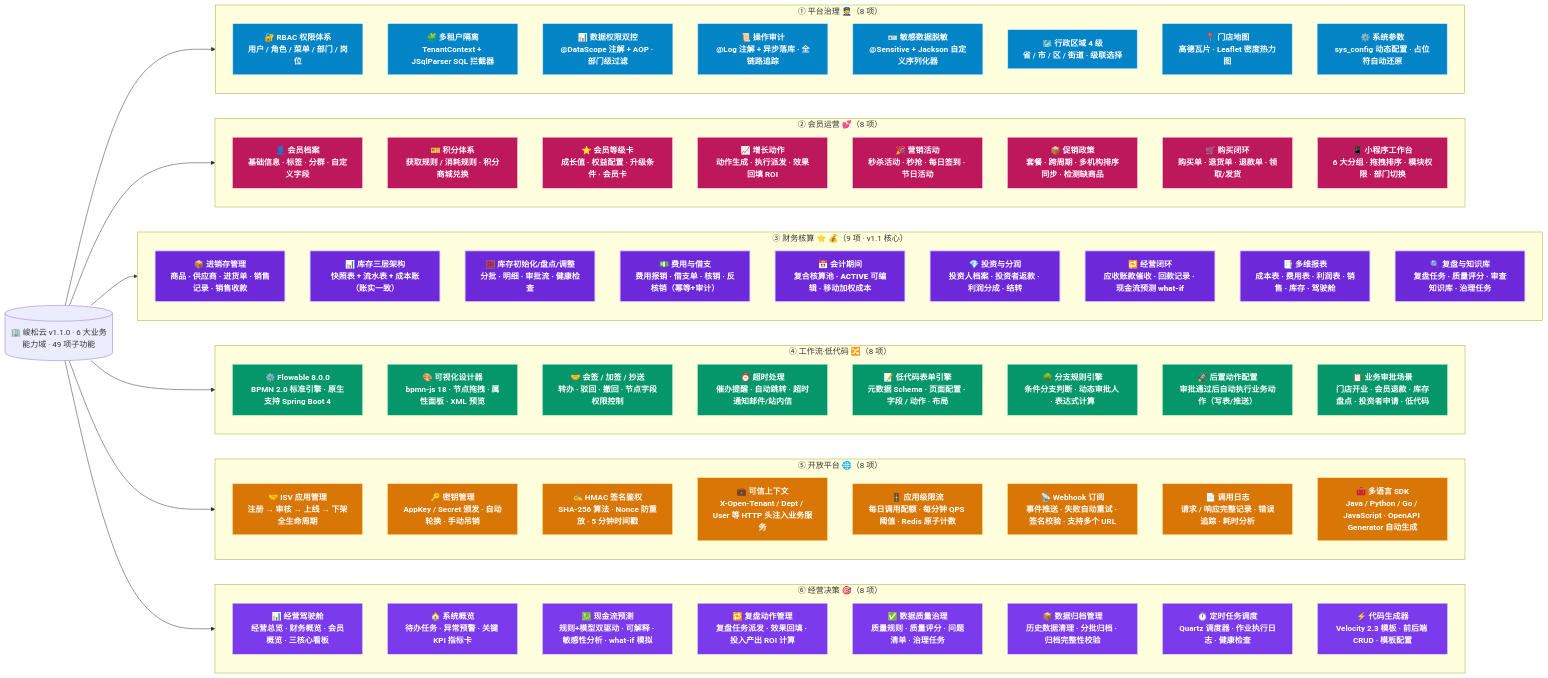
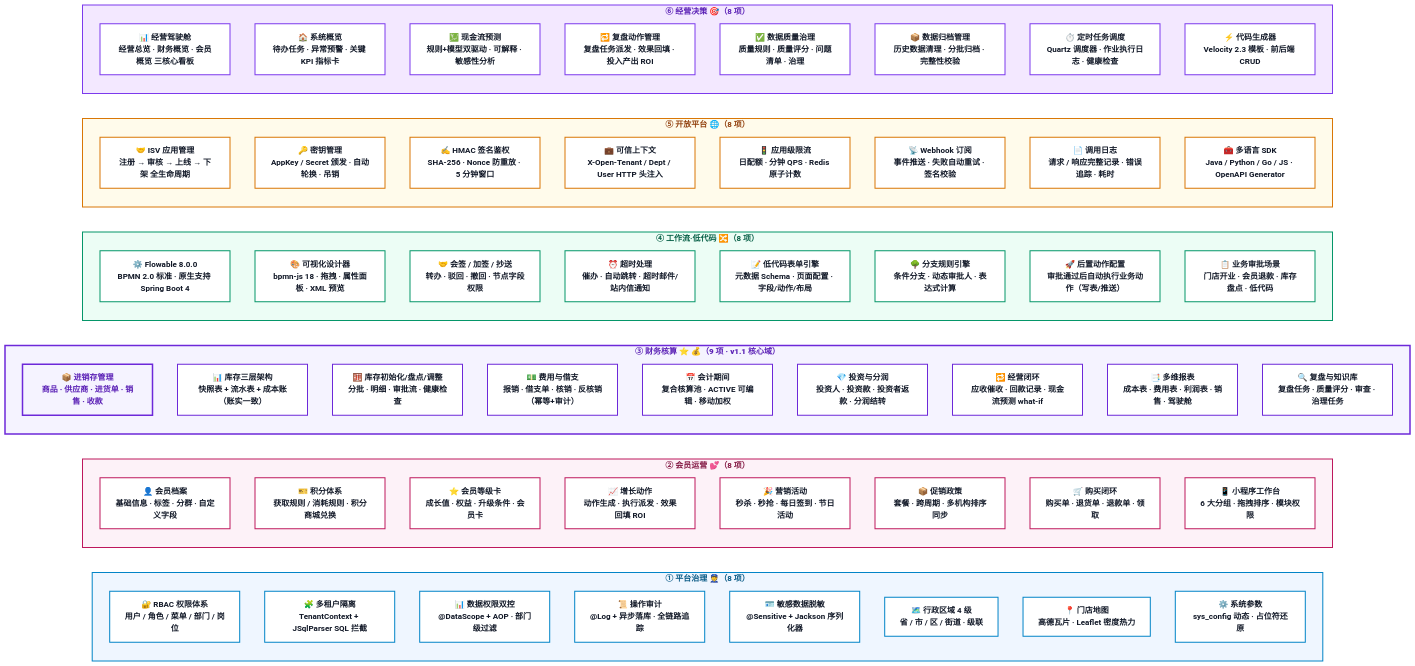
Before and after one commit to siruscs/JunSong: the fourth of 4 diagrams in docs/superpowers/specs/2026-08-09-峻松云架构设计四视图.zh-CN.md, drawn with Mermaid. The commit also changed other lines of this file and 1 other file, not shown here.

Commit message:
docs: 彻底修复架构图Mermaid乱飞问题 — 全部改为严格矩阵式，仅保留垂直主链路连线，杜绝斜向跨层连线打乱布局

````diff
--- a/docs/superpowers/specs/2026-08-09-峻松云架构设计四视图.zh-CN.md
+++ b/docs/superpowers/specs/2026-08-09-峻松云架构设计四视图.zh-CN.md
@@ -360,98 +333,105 @@
 ```mermaid
 flowchart LR
-    classDef D1 fill:#0284c7,stroke:#bae6fd,color:#ffffff,font-weight:bold
-    classDef D2 fill:#be185d,stroke:#fbcfe8,color:#ffffff,font-weight:bold
-    classDef D3 fill:#6d28d9,stroke:#ddd6fe,color:#ffffff,font-weight:bolder,stroke-width:2px
-    classDef D4 fill:#059669,stroke:#a7f3d0,color:#ffffff,font-weight:bold
-    classDef D5 fill:#d97706,stroke:#fde68a,color:#ffffff,font-weight:bold
-    classDef D6 fill:#7c3aed,stroke:#ddd6fe,color:#ffffff,font-weight:bold
+    classDef C1_G   fill:#eff6ff,stroke:#0284c7,stroke-width:2px,color:#075985,font-weight:bold
+    classDef C1_B   fill:#ffffff,stroke:#0284c7,stroke-width:2px,color:#111827,font-weight:bold
+    classDef C2_G   fill:#fdf2f8,stroke:#be185d,stroke-width:2px,color:#831843,font-weight:bold
+    classDef C2_B   fill:#ffffff,stroke:#be185d,stroke-width:2px,color:#111827,font-weight:bold
+    classDef C3_G   fill:#f5f3ff,stroke:#6d28d9,stroke-width:3px,color:#5b21b6,font-weight:bolder
+    classDef C3_B   fill:#ffffff,stroke:#6d28d9,stroke-width:2px,color:#111827,font-weight:bold
+    classDef C3_COR fill:#f5f3ff,stroke:#6d28d9,stroke-width:3px,color:#5b21b6,font-weight:bolder
+    classDef C4_G   fill:#ecfdf5,stroke:#059669,stroke-width:2px,color:#065f46,font-weight:bold
+    classDef C4_B   fill:#ffffff,stroke:#059669,stroke-width:2px,color:#111827,font-weight:bold
+    classDef C5_G   fill:#fffbeb,stroke:#d97706,stroke-width:2px,color:#92400e,font-weight:bold
+    classDef C5_B   fill:#ffffff,stroke:#d97706,stroke-width:2px,color:#111827,font-weight:bold
+    classDef C6_G   fill:#f3e8ff,stroke:#7c3aed,stroke-width:2px,color:#5b21b6,font-weight:bold
+    classDef C6_B   fill:#ffffff,stroke:#7c3aed,stroke-width:2px,color:#111827,font-weight:bold
 
-    %% ===== ① 平台治理（8 子项 · 对应 SVG 第一列卡片 8 行） =====
+    %% ===== ① 平台治理（8 项 · 蓝列） =====
     subgraph C1["① 平台治理 👮（8 项）"]
       direction TB
-      C1A["🔐 RBAC 权限体系<br/>用户 / 角色 / 菜单 / 部门 / 岗位"]:::D1
-      C1B["🧩 多租户隔离<br/>TenantContext + JSqlParser SQL 拦截器"]:::D1
-      C1C["📊 数据权限双控<br/>@DataScope 注解 + AOP · 部门级过滤"]:::D1
-      C1D["📜 操作审计<br/>@Log 注解 + 异步落库 · 全链路追踪"]:::D1
-      C1E["🪪 敏感数据脱敏<br/>@Sensitive + Jackson 自定义序列化器"]:::D1
-      C1F["🗺️ 行政区域 4 级<br/>省 / 市 / 区 / 街道 · 级联选择"]:::D1
-      C1G["📍 门店地图<br/>高德瓦片 · Leaflet 密度热力图"]:::D1
-      C1H["⚙️ 系统参数<br/>sys_config 动态配置 · 占位符自动还原"]:::D1
+      C1_1["🔐 RBAC 权限体系<br/>用户 / 角色 / 菜单 / 部门 / 岗位"]:::C1_B
+      C1_2["🧩 多租户隔离<br/>TenantContext + JSqlParser SQL 拦截"]:::C1_B
+      C1_3["📊 数据权限双控<br/>@DataScope + AOP · 部门级过滤"]:::C1_B
+      C1_4["📜 操作审计<br/>@Log + 异步落库 · 全链路追踪"]:::C1_B
+      C1_5["🪪 敏感数据脱敏<br/>@Sensitive + Jackson 序列化器"]:::C1_B
+      C1_6["🗺️ 行政区域 4 级<br/>省 / 市 / 区 / 街道 · 级联"]:::C1_B
+      C1_7["📍 门店地图<br/>高德瓦片 · Leaflet 密度热力"]:::C1_B
+      C1_8["⚙️ 系统参数<br/>sys_config 动态 · 占位符还原"]:::C1_B
     end
 
-    %% ===== ② 会员运营（8 子项 · 对应 SVG 第二列卡片 8 行） =====
+    %% ===== ② 会员运营（8 项 · 玫红列） =====
     subgraph C2["② 会员运营 💕（8 项）"]
       direction TB
-      C2A["👤 会员档案<br/>基础信息 · 标签 · 分群 · 自定义字段"]:::D2
-      C2B["🎫 积分体系<br/>获取规则 / 消耗规则 · 积分商城兑换"]:::D2
-      C2C["⭐ 会员等级卡<br/>成长值 · 权益配置 · 升级条件 · 会员卡"]:::D2
-      C2D["📈 增长动作<br/>动作生成 · 执行派发 · 效果回填 ROI"]:::D2
-      C2E["🎉 营销活动<br/>秒杀活动 · 秒抢 · 每日签到 · 节日活动"]:::D2
-      C2F["📦 促销政策<br/>套餐 · 跨周期 · 多机构排序同步 · 检测缺商品"]:::D2
-      C2G["🛒 购买闭环<br/>购买单 · 退货单 · 退款单 · 领取/发货"]:::D2
-      C2H["📱 小程序工作台<br/>6 大分组 · 拖拽排序 · 模块权限 · 部门切换"]:::D2
+      C2_1["👤 会员档案<br/>基础信息 · 标签 · 分群 · 自定义字段"]:::C2_B
+      C2_2["🎫 积分体系<br/>获取规则 / 消耗规则 · 积分商城兑换"]:::C2_B
+      C2_3["⭐ 会员等级卡<br/>成长值 · 权益 · 升级条件 · 会员卡"]:::C2_B
+      C2_4["📈 增长动作<br/>动作生成 · 执行派发 · 效果回填 ROI"]:::C2_B
+      C2_5["🎉 营销活动<br/>秒杀 · 秒抢 · 每日签到 · 节日活动"]:::C2_B
+      C2_6["📦 促销政策<br/>套餐 · 跨周期 · 多机构排序同步"]:::C2_B
+      C2_7["🛒 购买闭环<br/>购买单 · 退货单 · 退款单 · 领取"]:::C2_B
+      C2_8["📱 小程序工作台<br/>6 大分组 · 拖拽排序 · 模块权限"]:::C2_B
     end
 
-    %% ===== ③ 财务核算（9 子项 · 对应 SVG 第三列紫⭐卡片 9 行） =====
-    subgraph C3["③ 财务核算 ⭐ 💰（9 项 · v1.1 核心）"]
+    %% ===== ③ 财务核算（9 项 · 紫粗列 · v1.1 核心域） =====
+    subgraph C3["③ 财务核算 ⭐ 💰（9 项 · v1.1 核心域）"]
       direction TB
-      C3A["📦 进销存管理<br/>商品 · 供应商 · 进货单 · 销售记录 · 销售收款"]:::D3
-      C3B["📊 库存三层架构<br/>快照表 + 流水表 + 成本账（账实一致）"]:::D3
-      C3C["🧮 库存初始化/盘点/调整<br/>分批 · 明细 · 审批流 · 健康检查"]:::D3
-      C3D["💵 费用与借支<br/>费用报销 · 借支单 · 核销 · 反核销（幂等+审计）"]:::D3
-      C3E["📅 会计期间<br/>复合核算池 · ACTIVE 可编辑 · 移动加权成本"]:::D3
-      C3F["💎 投资与分润<br/>投资人档案 · 投资者返款 · 利润分成 · 结转"]:::D3
-      C3G["🔁 经营闭环<br/>应收账款催收 · 回款记录 · 现金流预测 what-if"]:::D3
-      C3H["📑 多维报表<br/>成本表 · 费用表 · 利润表 · 销售 · 库存 · 驾驶舱"]:::D3
-      C3I["🔍 复盘与知识库<br/>复盘任务 · 质量评分 · 审查知识库 · 治理任务"]:::D3
+      C3_1["📦 进销存管理<br/>商品 · 供应商 · 进货单 · 销售 · 收款"]:::C3_COR
+      C3_2["📊 库存三层架构<br/>快照表 + 流水表 + 成本账（账实一致）"]:::C3_B
+      C3_3["🧮 库存初始化/盘点/调整<br/>分批 · 明细 · 审批流 · 健康检查"]:::C3_B
+      C3_4["💵 费用与借支<br/>报销 · 借支单 · 核销 · 反核销（幂等+审计）"]:::C3_B
+      C3_5["📅 会计期间<br/>复合核算池 · ACTIVE 可编辑 · 移动加权"]:::C3_B
+      C3_6["💎 投资与分润<br/>投资人 · 投资款 · 投资者返款 · 分润结转"]:::C3_B
+      C3_7["🔁 经营闭环<br/>应收催收 · 回款记录 · 现金流预测 what-if"]:::C3_B
+      C3_8["📑 多维报表<br/>成本表 · 费用表 · 利润表 · 销售 · 驾驶舱"]:::C3_B
+      C3_9["🔍 复盘与知识库<br/>复盘任务 · 质量评分 · 审查 · 治理任务"]:::C3_B
     end
 
-    %% ===== ④ 工作流·低代码（8 子项 · 对应 SVG 第四列卡片 8 行） =====
+    %% ===== ④ 工作流·低代码（8 项 · 绿列） =====
     subgraph C4["④ 工作流·低代码 🔀（8 项）"]
       direction TB
-      C4A["⚙️ Flowable 8.0.0<br/>BPMN 2.0 标准引擎 · 原生支持 Spring Boot 4"]:::D4
-      C4B["🎨 可视化设计器<br/>bpmn-js 18 · 节点拖拽 · 属性面板 · XML 预览"]:::D4
-      C4C["🤝 会签 / 加签 / 抄送<br/>转办 · 驳回 · 撤回 · 节点字段权限控制"]:::D4
-      C4D["⏰ 超时处理<br/>催办提醒 · 自动跳转 · 超时通知邮件/站内信"]:::D4
-      C4E["📝 低代码表单引擎<br/>元数据 Schema · 页面配置 · 字段 / 动作 · 布局"]:::D4
-      C4F["🌳 分支规则引擎<br/>条件分支判断 · 动态审批人 · 表达式计算"]:::D4
-      C4G["🚀 后置动作配置<br/>审批通过后自动执行业务动作（写表/推送）"]:::D4
-      C4H["📋 业务审批场景<br/>门店开业 · 会员退款 · 库存盘点 · 投资者申请 · 低代码"]:::D4
+      C4_1["⚙️ Flowable 8.0.0<br/>BPMN 2.0 标准 · 原生支持 Spring Boot 4"]:::C4_B
+      C4_2["🎨 可视化设计器<br/>bpmn-js 18 · 拖拽 · 属性面板 · XML 预览"]:::C4_B
+      C4_3["🤝 会签 / 加签 / 抄送<br/>转办 · 驳回 · 撤回 · 节点字段权限"]:::C4_B
+      C4_4["⏰ 超时处理<br/>催办 · 自动跳转 · 超时邮件/站内信通知"]:::C4_B
+      C4_5["📝 低代码表单引擎<br/>元数据 Schema · 页面配置 · 字段/动作/布局"]:::C4_B
+      C4_6["🌳 分支规则引擎<br/>条件分支 · 动态审批人 · 表达式计算"]:::C4_B
+      C4_7["🚀 后置动作配置<br/>审批通过后自动执行业务动作（写表/推送）"]:::C4_B
+      C4_8["📋 业务审批场景<br/>门店开业 · 会员退款 · 库存盘点 · 低代码"]:::C4_B
     end
 
-    %% ===== ⑤ 开放平台（8 子项 · 对应 SVG 第五列卡片 8 行） =====
+    %% ===== ⑤ 开放平台（8 项 · 琥珀列） =====
     subgraph C5["⑤ 开放平台 🌐（8 项）"]
       direction TB
-      C5A["🤝 ISV 应用管理<br/>注册 → 审核 → 上线 → 下架全生命周期"]:::D5
-      C5B["🔑 密钥管理<br/>AppKey / Secret 颁发 · 自动轮换 · 手动吊销"]:::D5
-      C5C["✍️ HMAC 签名鉴权<br/>SHA-256 算法 · Nonce 防重放 · 5 分钟时间戳"]:::D5
-      C5D["💼 可信上下文<br/>X-Open-Tenant / Dept / User 等 HTTP 头注入业务服务"]:::D5
-      C5E["🚦 应用级限流<br/>每日调用配额 · 每分钟 QPS 阈值 · Redis 原子计数"]:::D5
-      C5F["📡 Webhook 订阅<br/>事件推送 · 失败自动重试 · 签名校验 · 支持多个 URL"]:::D5
-      C5G["📄 调用日志<br/>请求 / 响应完整记录 · 错误追踪 · 耗时分析"]:::D5
-      C5H["🧰 多语言 SDK<br/>Java / Python / Go / JavaScript · OpenAPI Generator 自动生成"]:::D5
+      C5_1["🤝 ISV 应用管理<br/>注册 → 审核 → 上线 → 下架 全生命周期"]:::C5_B
+      C5_2["🔑 密钥管理<br/>AppKey / Secret 颁发 · 自动轮换 · 吊销"]:::C5_B
+      C5_3["✍️ HMAC 签名鉴权<br/>SHA-256 · Nonce 防重放 · 5 分钟窗口"]:::C5_B
+      C5_4["💼 可信上下文<br/>X-Open-Tenant / Dept / User HTTP 头注入"]:::C5_B
+      C5_5["🚦 应用级限流<br/>日配额 · 分钟 QPS · Redis 原子计数"]:::C5_B
+      C5_6["📡 Webhook 订阅<br/>事件推送 · 失败自动重试 · 签名校验"]:::C5_B
+      C5_7["📄 调用日志<br/>请求 / 响应完整记录 · 错误追踪 · 耗时"]:::C5_B
+      C5_8["🧰 多语言 SDK<br/>Java / Python / Go / JS · OpenAPI Generator"]:::C5_B
     end
 
-    %% ===== ⑥ 经营决策·运营（8 子项 · 对应 SVG 第六列卡片 8 行） =====
+    %% ===== ⑥ 经营决策·运营（8 项 · 紫列） =====
     subgraph C6["⑥ 经营决策 🎯（8 项）"]
       direction TB
-      C6A["📊 经营驾驶舱<br/>经营总览 · 财务概览 · 会员概览 · 三核心看板"]:::D6
-      C6B["🏠 系统概览<br/>待办任务 · 异常预警 · 关键 KPI 指标卡"]:::D6
-      C6C["💹 现金流预测<br/>规则+模型双驱动 · 可解释 · 敏感性分析 · what-if 模拟"]:::D6
-      C6D["🔁 复盘动作管理<br/>复盘任务派发 · 效果回填 · 投入产出 ROI 计算"]:::D6
-      C6E["✅ 数据质量治理<br/>质量规则 · 质量评分 · 问题清单 · 治理任务"]:::D6
-      C6F["📦 数据归档管理<br/>历史数据清理 · 分批归档 · 归档完整性校验"]:::D6
-      C6G["⏱️ 定时任务调度<br/>Quartz 调度器 · 作业执行日志 · 健康检查"]:::D6
-      C6H["⚡ 代码生成器<br/>Velocity 2.3 模板 · 前后端 CRUD · 模板配置"]:::D6
+      C6_1["📊 经营驾驶舱<br/>经营总览 · 财务概览 · 会员概览 三核心看板"]:::C6_B
+      C6_2["🏠 系统概览<br/>待办任务 · 异常预警 · 关键 KPI 指标卡"]:::C6_B
+      C6_3["💹 现金流预测<br/>规则+模型双驱动 · 可解释 · 敏感性分析"]:::C6_B
+      C6_4["🔁 复盘动作管理<br/>复盘任务派发 · 效果回填 · 投入产出 ROI"]:::C6_B
+      C6_5["✅ 数据质量治理<br/>质量规则 · 质量评分 · 问题清单 · 治理"]:::C6_B
+      C6_6["📦 数据归档管理<br/>历史数据清理 · 分批归档 · 完整性校验"]:::C6_B
+      C6_7["⏱️ 定时任务调度<br/>Quartz 调度器 · 作业执行日志 · 健康检查"]:::C6_B
+      C6_8["⚡ 代码生成器<br/>Velocity 2.3 模板 · 前后端 CRUD"]:::C6_B
     end
 
-    %% 顶层标题说明（可选）：6 列表示峻松云 v1.1 6 大能力域，30+ 子功能
-    TITLE[("🏢 峻松云 v1.1.0 · 6 大业务能力域 · 49 项子功能")]
+    %% 注意：这里**完全不画任何连线**！避免 Mermaid 自动布局算法把列位置打乱。6 列自然按 LR 横向排成矩阵卡片。
 
-    TITLE --> C1
-    TITLE --> C2
-    TITLE --> C3
-    TITLE --> C4
-    TITLE --> C5
-    TITLE --> C6
+    %% 颜色绑定
+    class C1 C1_G
+    class C2 C2_G
+    class C3 C3_G
+    class C4 C4_G
+    class C5 C5_G
+    class C6 C6_G
 ```
````
